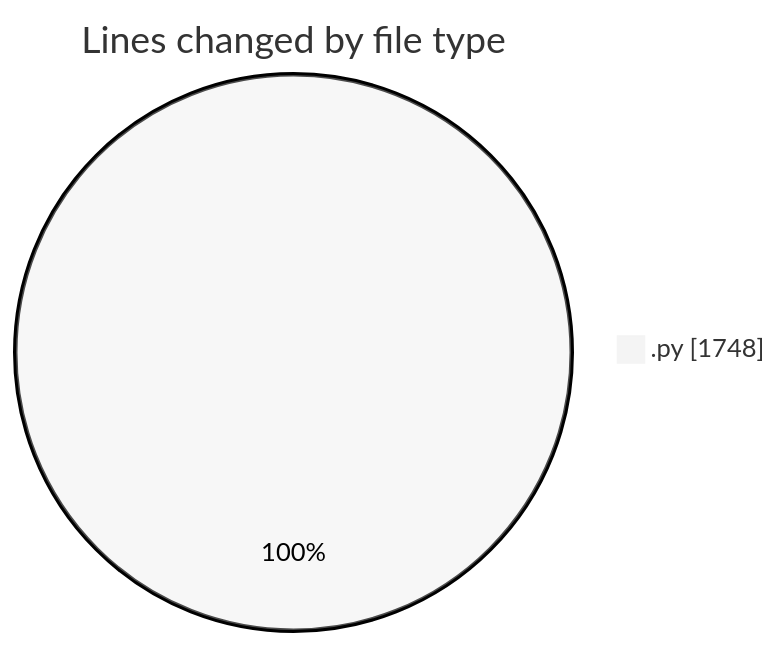
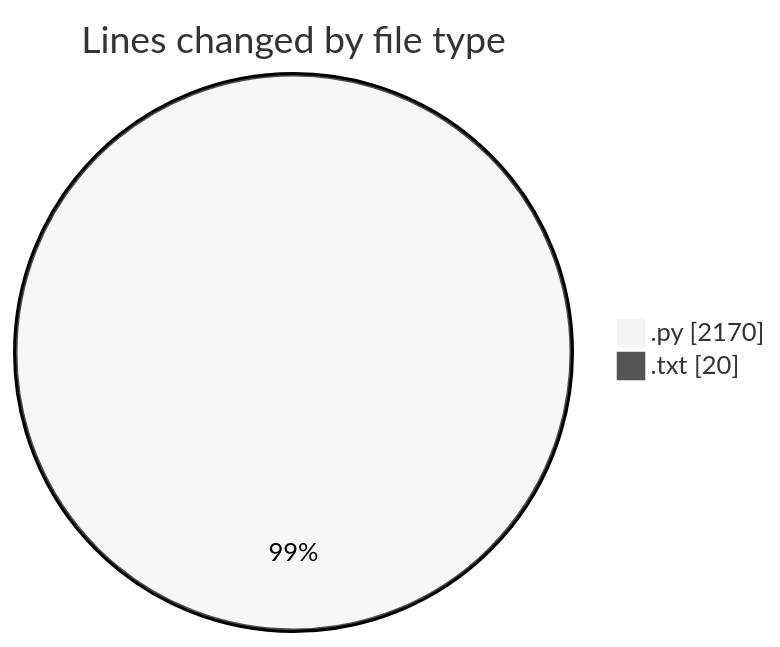
The first of 2 diagrams in 2025-05-26/zip_file/README.md (Ritupan-Deka/code-tracking), drawn with Mermaid (neutral theme) before and after one commit. The commit also changed other lines of this file and 1 other file, not shown here.

````diff
--- a/2025-05-26/zip_file/README.md
+++ b/2025-05-26/zip_file/README.md
@@ -23,5 +26,6 @@
 ```mermaid
 pie showData
 title Lines changed by file type
-".py" : 1748
+".py" : 2170
+".txt" : 20
 ```
````
